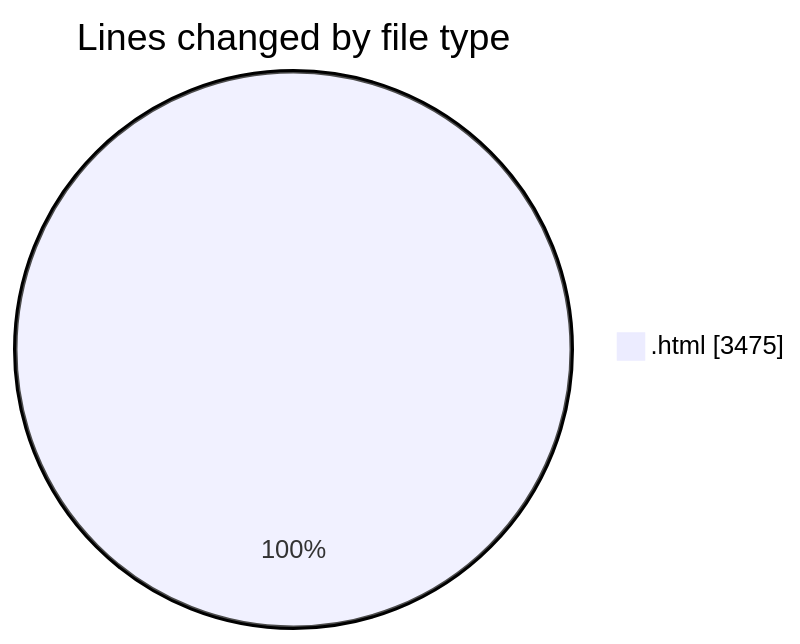
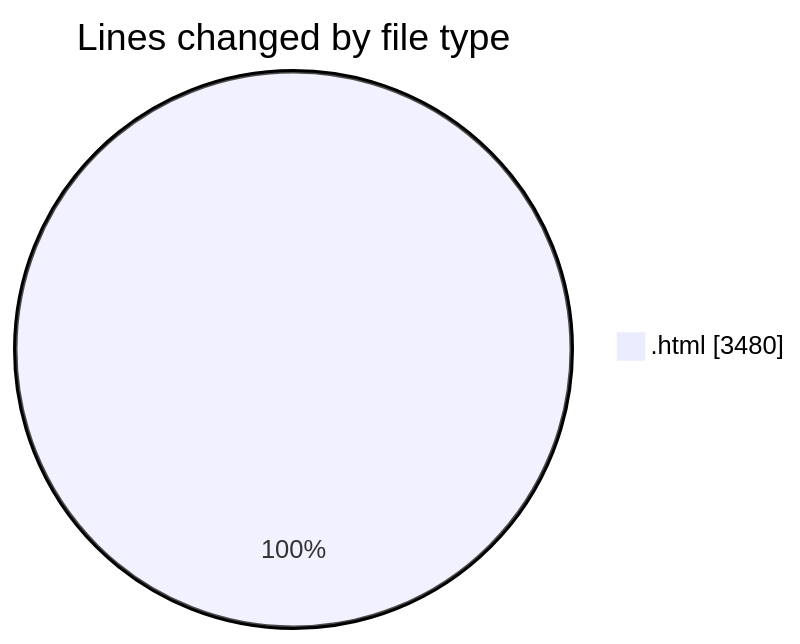
One commit to hasnaa123/code-tracking changed the first of 2 diagrams in 2025-12-21/technologie_web/README.md. Above: the diagram before and after it, drawn with Mermaid. The commit also changed other lines of this file and 1 other file, not shown here.

````diff
--- a/2025-12-21/technologie_web/README.md
+++ b/2025-12-21/technologie_web/README.md
@@ -22,5 +22,5 @@
 ```mermaid
 pie showData
 title Lines changed by file type
-".html" : 3475
+".html" : 3480
 ```
````
